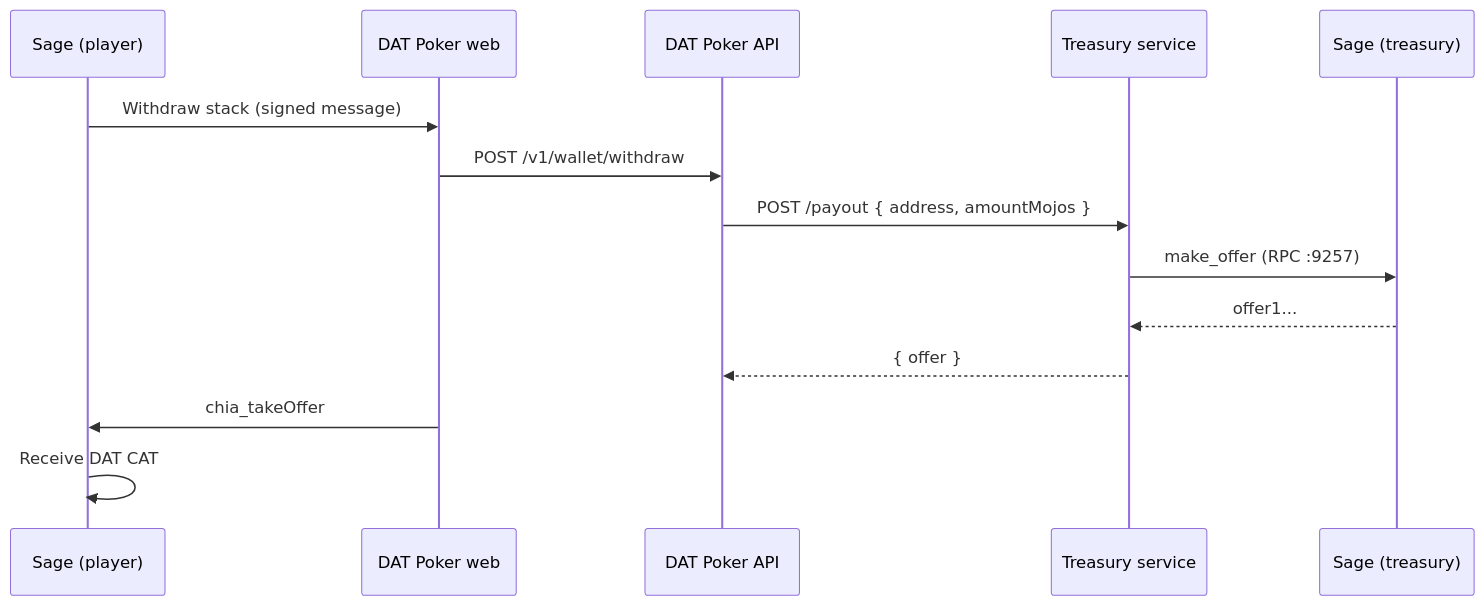
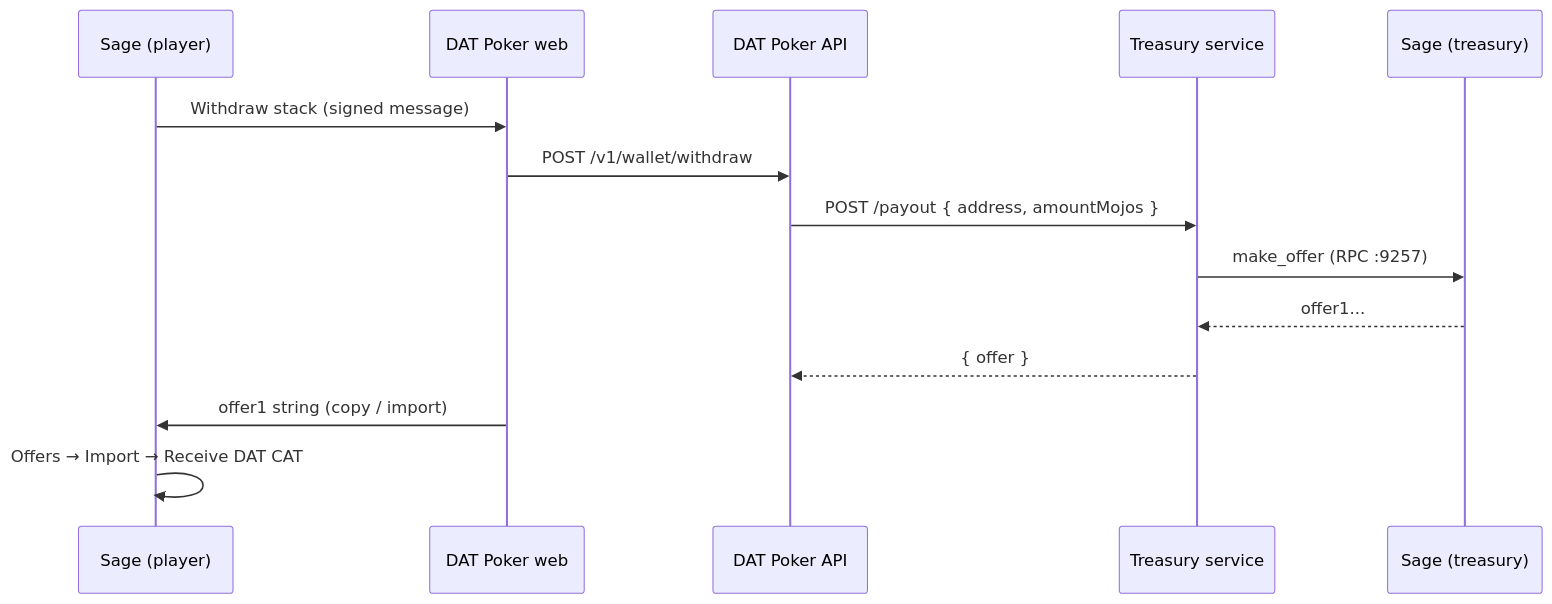
The diagram in docs/TREASURY.md (Drewski241/dat-poker), drawn with Mermaid before and after one commit. The commit also changed other lines of this file and 9 other files, not shown here.

First line of the commit message:
fix(web): stop WalletConnect chia_takeOffer on withdraw

````diff
--- a/docs/TREASURY.md
+++ b/docs/TREASURY.md
@@ -5,17 +5,17 @@
 ```mermaid
 sequenceDiagram
   participant Player as Sage (player)
   participant Web as DAT Poker web
   participant API as DAT Poker API
   participant Treasury as Treasury service
   participant Sage as Sage (treasury)
 
   Player->>Web: Withdraw stack (signed message)
   Web->>API: POST /v1/wallet/withdraw
   API->>Treasury: POST /payout { address, amountMojos }
   Treasury->>Sage: make_offer (RPC :9257)
   Sage-->>Treasury: offer1...
   Treasury-->>API: { offer }
-  Web->>Player: chia_takeOffer
-  Player->>Player: Receive DAT CAT
+  Web->>Player: offer1 string (copy / import)
+  Player->>Player: Offers → Import → Receive DAT CAT
 ```
````
